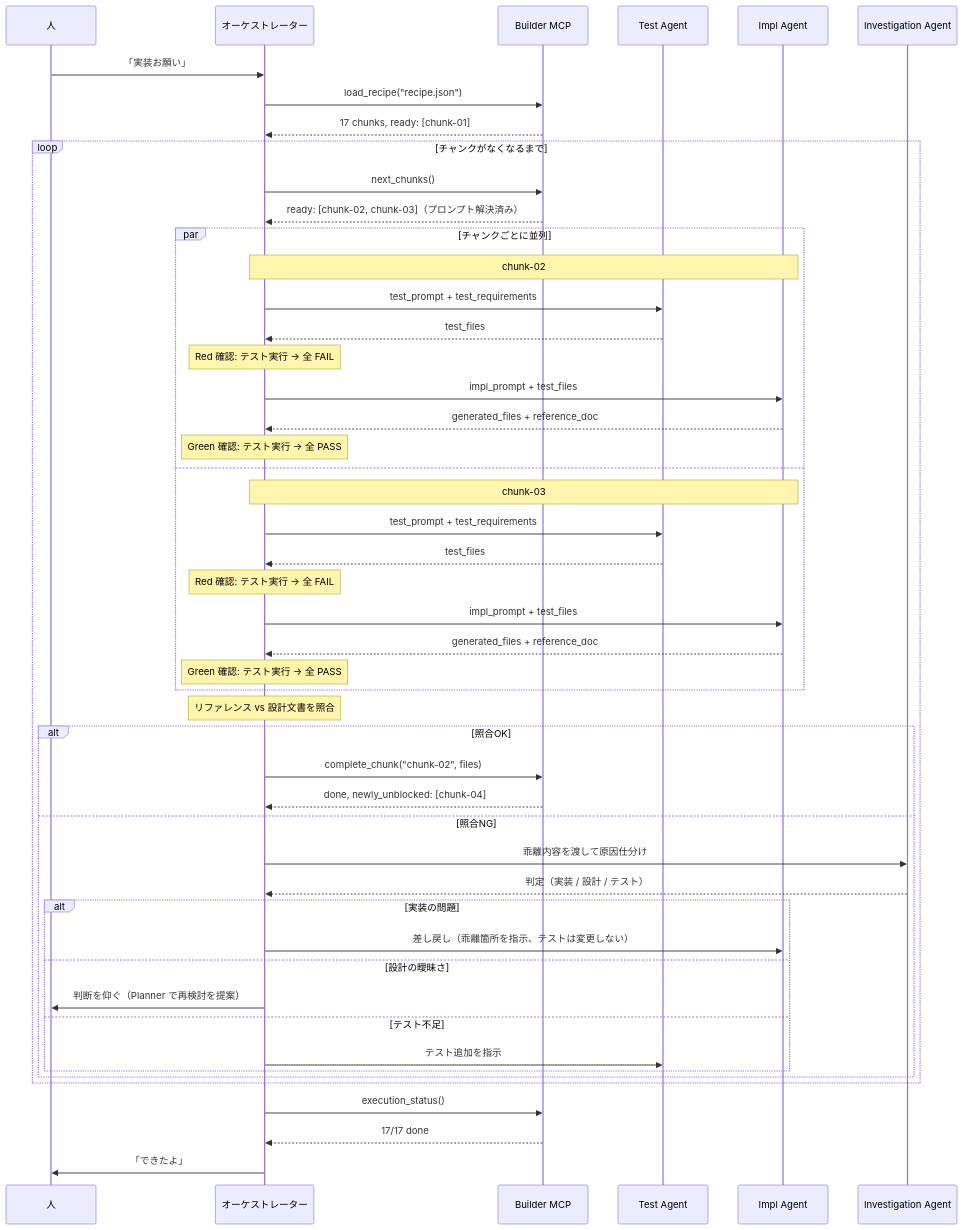
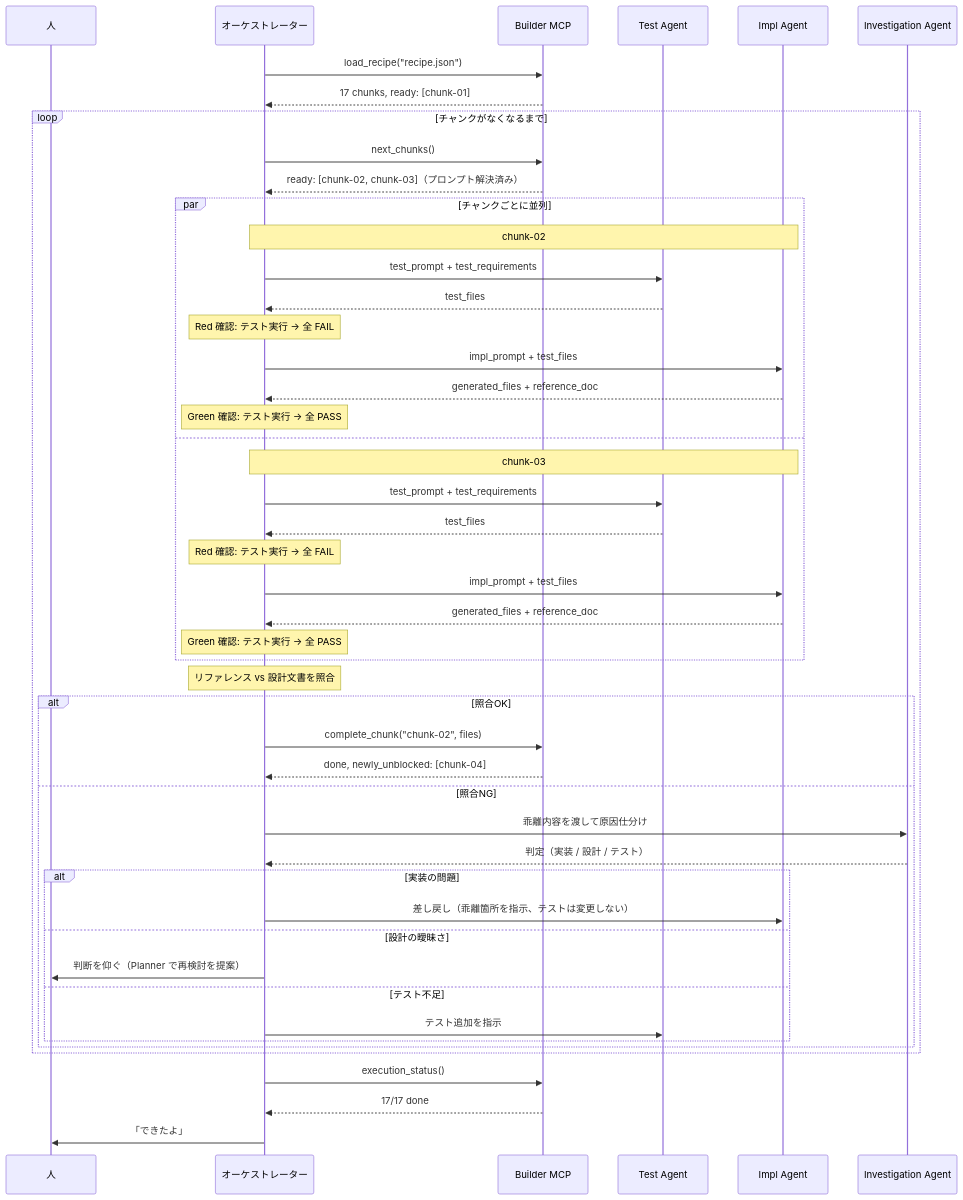
The second of 2 diagrams in docs/builder/2-features/execution-flow.md (cdd-evangelist/CDD-Assistants), drawn with Mermaid before and after one commit. The commit also changed other lines of this file and 19 other files, not shown here.

````diff
--- a/docs/builder/2-features/execution-flow.md
+++ b/docs/builder/2-features/execution-flow.md
@@ -52,56 +261,55 @@
 ```mermaid
 sequenceDiagram
     participant H as 人
     participant C as オーケストレーター
     participant B as Builder MCP
     participant T as Test Agent
     participant I as Impl Agent
     participant V as Investigation Agent
 
-    H->>C: 「実装お願い」
     C->>B: load_recipe("recipe.json")
     B-->>C: 17 chunks, ready: [chunk-01]
 
     loop チャンクがなくなるまで
         C->>B: next_chunks()
         B-->>C: ready: [chunk-02, chunk-03]（プロンプト解決済み）
 
         par チャンクごとに並列
             Note over C,I: chunk-02
             C->>T: test_prompt + test_requirements
             T-->>C: test_files
             Note over C: Red 確認: テスト実行 → 全 FAIL
             C->>I: impl_prompt + test_files
             I-->>C: generated_files + reference_doc
             Note over C: Green 確認: テスト実行 → 全 PASS
         and
             Note over C,I: chunk-03
             C->>T: test_prompt + test_requirements
             T-->>C: test_files
             Note over C: Red 確認: テスト実行 → 全 FAIL
             C->>I: impl_prompt + test_files
             I-->>C: generated_files + reference_doc
             Note over C: Green 確認: テスト実行 → 全 PASS
         end
 
         Note over C: リファレンス vs 設計文書を照合
         alt 照合OK
             C->>B: complete_chunk("chunk-02", files)
             B-->>C: done, newly_unblocked: [chunk-04]
         else 照合NG
             C->>V: 乖離内容を渡して原因仕分け
             V-->>C: 判定（実装 / 設計 / テスト）
             alt 実装の問題
                 C->>I: 差し戻し（乖離箇所を指示、テストは変更しない）
             else 設計の曖昧さ
                 C->>H: 判断を仰ぐ（Planner で再検討を提案）
             else テスト不足
                 C->>T: テスト追加を指示
             end
         end
     end
 
     C->>B: execution_status()
     B-->>C: 17/17 done
     C->>H: 「できたよ」
 ```
````
